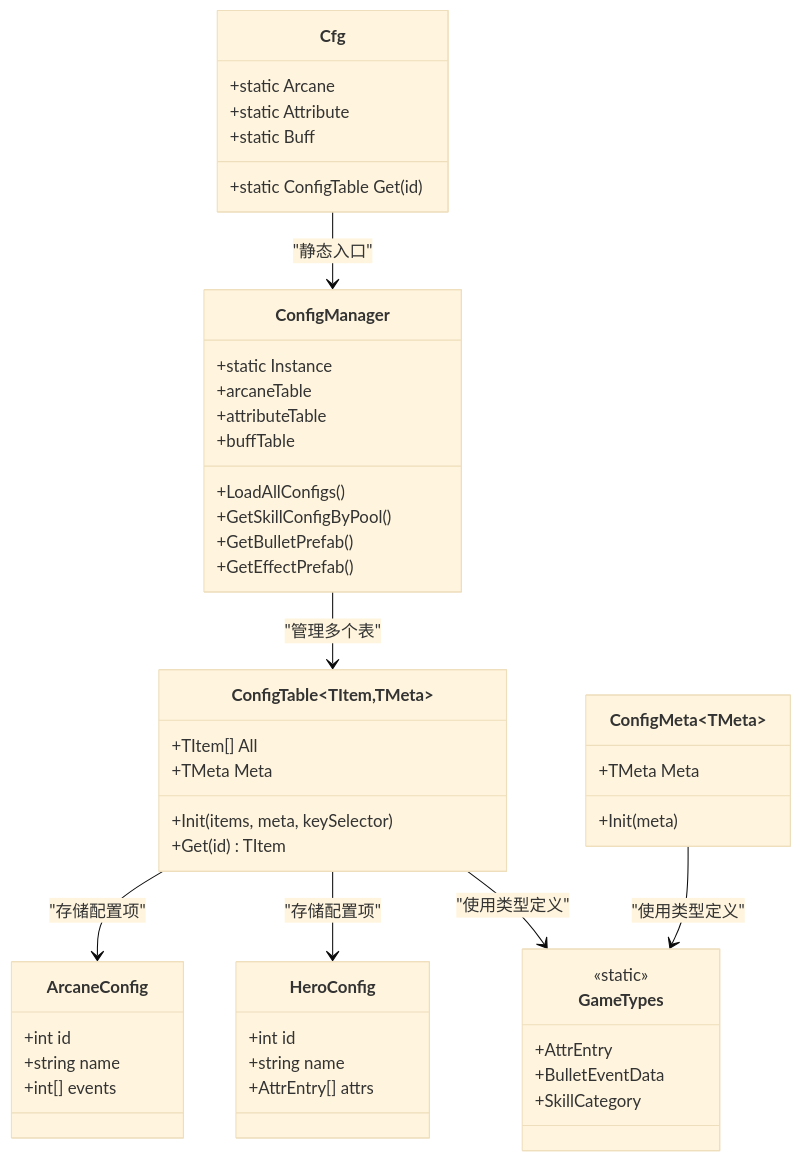
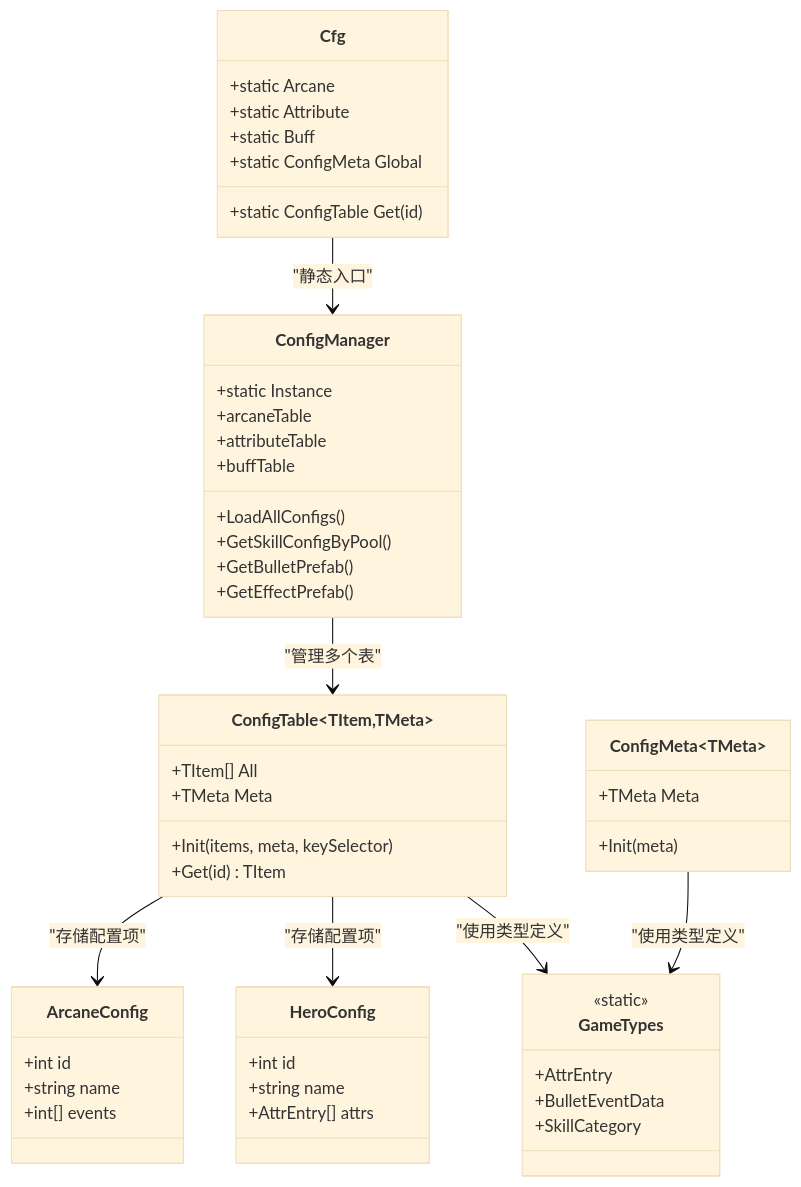
One commit to Tuusen/p1_client changed the second of 8 diagrams in .qoder/repowiki/zh/content/Old Configuration System.md. Above: the diagram before and after it, drawn with Mermaid (base theme). The commit also changed other lines of this file and 29 other files, not shown here.

````diff
--- a/.qoder/repowiki/zh/content/Old Configuration System.md
+++ b/.qoder/repowiki/zh/content/Old Configuration System.md
@@ -143,51 +162,52 @@
 ```mermaid
 classDiagram
 class Cfg {
 +static Arcane
 +static Attribute
 +static Buff
 +static ConfigTable Get(id)
++static ConfigMeta Global
 }
 class ConfigManager {
 +static Instance
 +arcaneTable
 +attributeTable
 +buffTable
 +LoadAllConfigs()
 +GetSkillConfigByPool()
 +GetBulletPrefab()
 +GetEffectPrefab()
 }
 class ConfigTable~TItem,TMeta~ {
 +TItem[] All
 +TMeta Meta
 +Init(items, meta, keySelector)
 +Get(id) TItem
 }
 class ConfigMeta~TMeta~ {
 +TMeta Meta
 +Init(meta)
 }
 class ArcaneConfig {
 +int id
 +string name
 +int[] events
 }
 class HeroConfig {
 +int id
 +string name
 +AttrEntry[] attrs
 }
 class GameTypes {
 <<static>>
 +AttrEntry
 +BulletEventData
 +SkillCategory
 }
 Cfg --> ConfigManager : "静态入口"
 ConfigManager --> ConfigTable : "管理多个表"
 ConfigTable --> ArcaneConfig : "存储配置项"
 ConfigTable --> HeroConfig : "存储配置项"
 ConfigTable --> GameTypes : "使用类型定义"
 ConfigMeta --> GameTypes : "使用类型定义"
 ```
````
